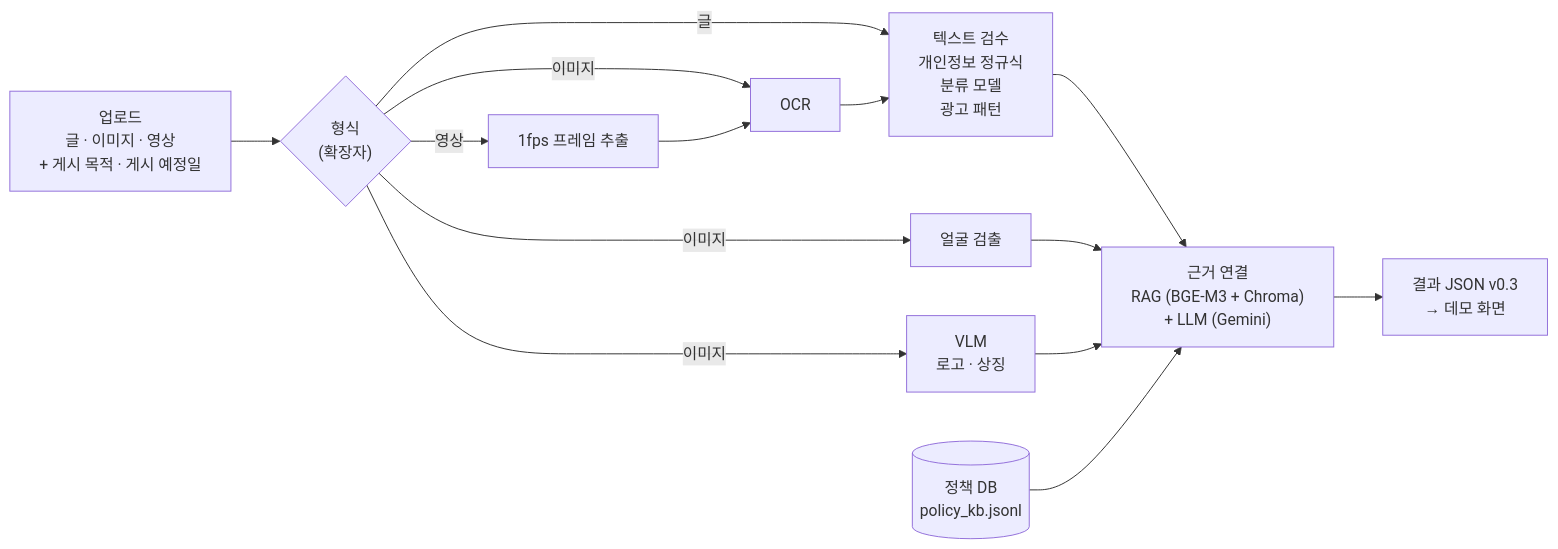
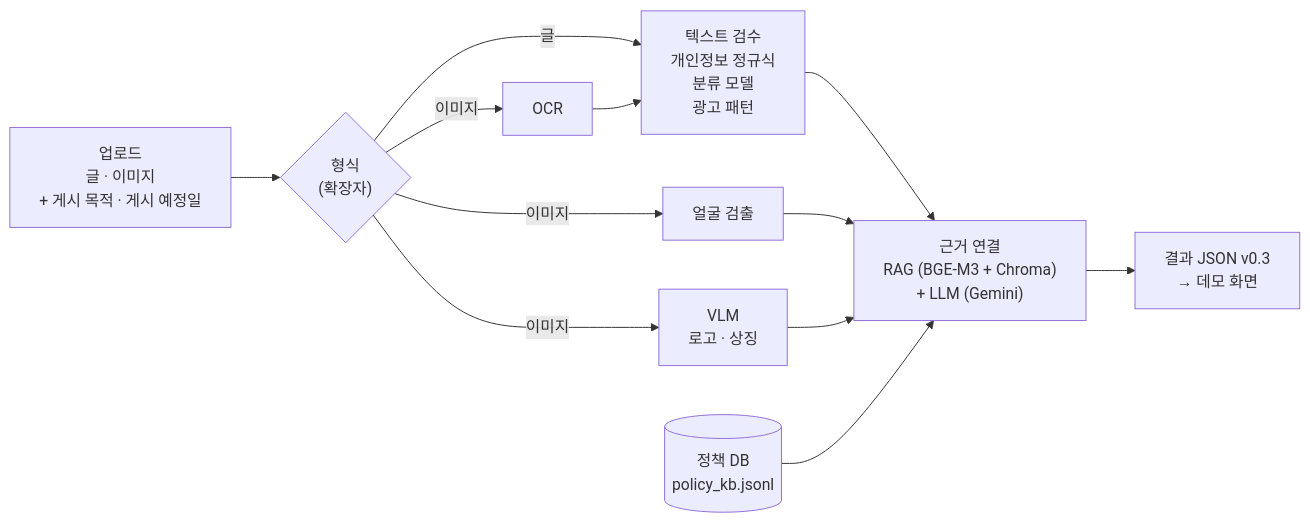
Before and after one commit to hyew0o0n/DL_Project-content_precheck_ai: the diagram in README.md, drawn with Mermaid. The commit also changed other lines of this file and 28 other files, not shown here.

````diff
--- a/README.md
+++ b/README.md
@@ -45,14 +44,13 @@
 ```mermaid
 flowchart LR
-    A["업로드<br>글 · 이미지 · 영상<br>+ 게시 목적 · 게시 예정일"] --> B{"형식<br>(확장자)"}
+    A["업로드<br>글 · 이미지<br>+ 게시 목적 · 게시 예정일"] --> B{"형식<br>(확장자)"}
     B -- 글 --> T
     B -- 이미지 --> O["OCR"] --> T
     B -- 이미지 --> F["얼굴 검출"]
     B -- 이미지 --> V["VLM<br>로고 · 상징"]
-    B -- 영상 --> FR["1fps 프레임 추출"] --> O
     T["텍스트 검수<br>개인정보 정규식<br>분류 모델<br>광고 패턴"] --> E["근거 연결<br>RAG (BGE-M3 + Chroma)<br>+ LLM (Gemini)"]
     F --> E
     V --> E
     E --> R["결과 JSON v0.3<br>→ 데모 화면"]
     K[("정책 DB<br>policy_kb.jsonl")] --> E
 ```
````
